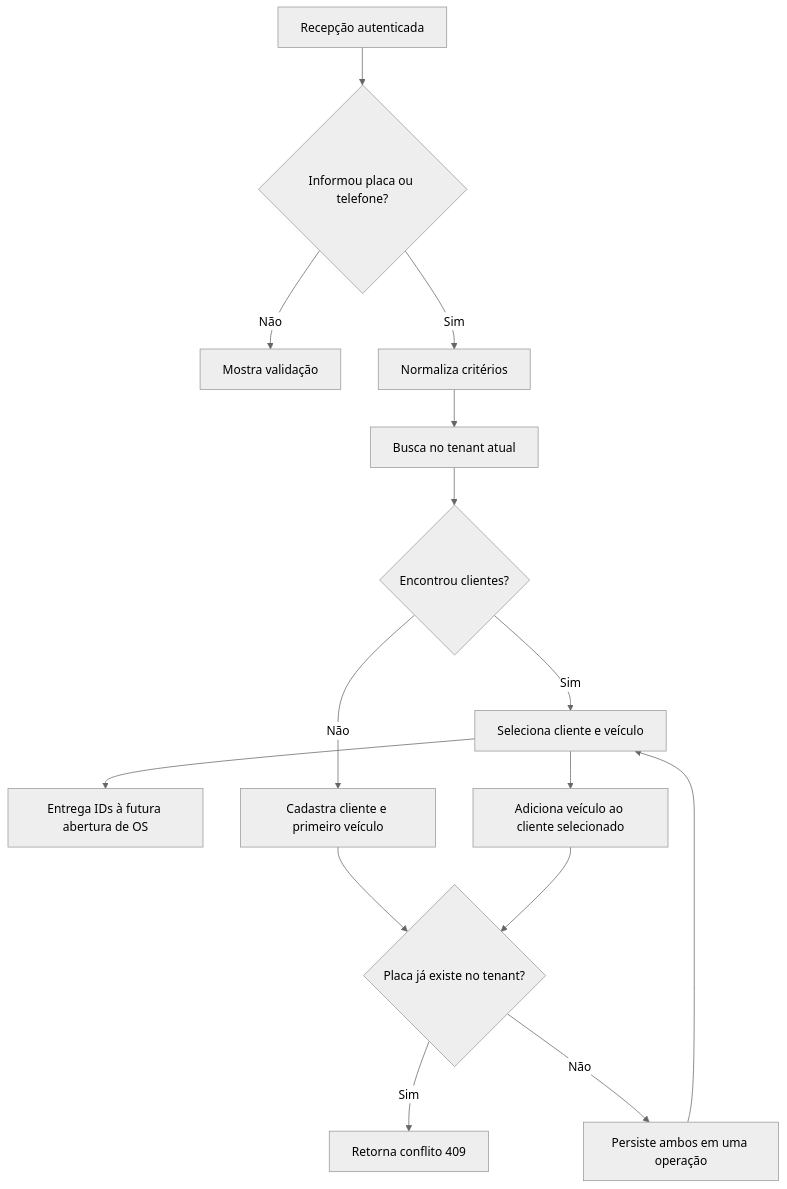
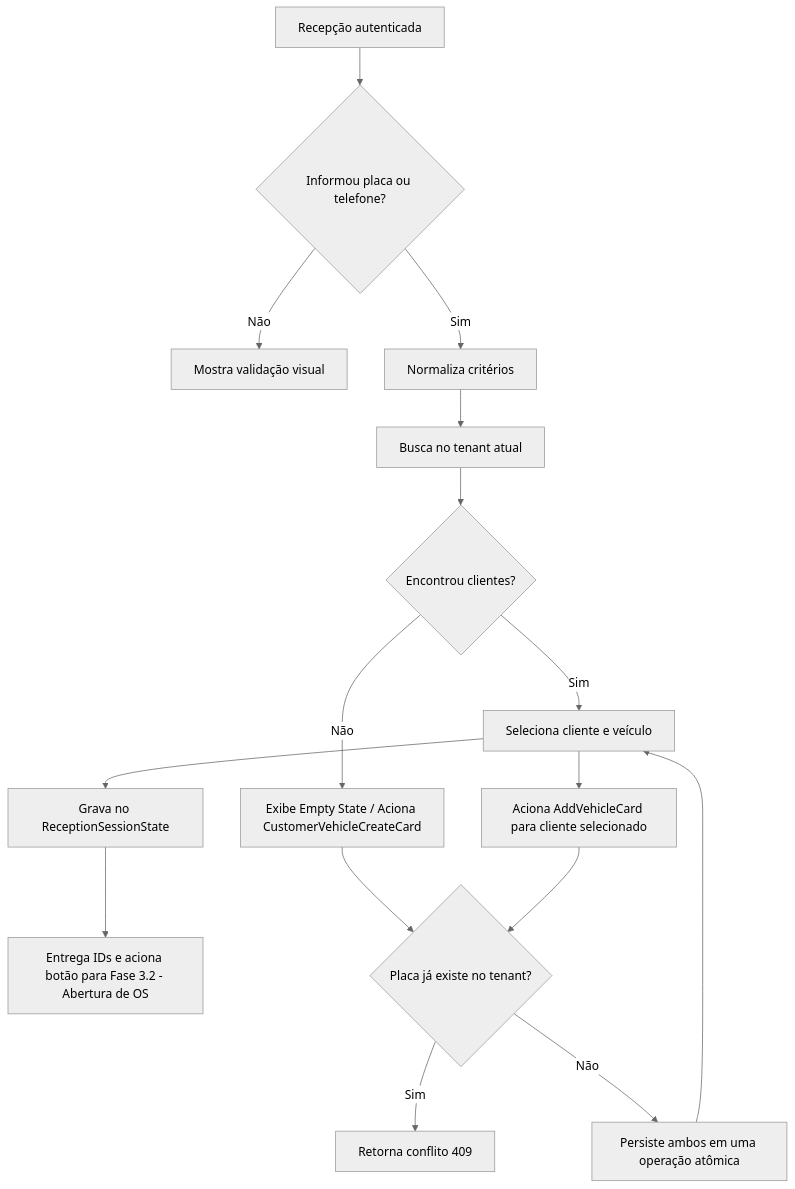
The diagram in docs/living-docs/cadastro-clientes-veiculos-3.1.md (ronaldocestrela/lavaway), drawn with Mermaid (neutral theme) before and after one commit. The commit also changed other lines of this file and 10 other files, not shown here.

````diff
--- a/docs/living-docs/cadastro-clientes-veiculos-3.1.md
+++ b/docs/living-docs/cadastro-clientes-veiculos-3.1.md
@@ -11,17 +11,18 @@
 ```mermaid
 flowchart TD
     R[Recepção autenticada] --> Q{Informou placa ou telefone?}
-    Q -->|Não| V[Mostra validação]
+    Q -->|Não| V[Mostra validação visual]
     Q -->|Sim| N[Normaliza critérios]
     N --> S[Busca no tenant atual]
     S --> M{Encontrou clientes?}
     M -->|Sim| P[Seleciona cliente e veículo]
-    P --> O[Entrega IDs à futura abertura de OS]
-    M -->|Não| C[Cadastra cliente e primeiro veículo]
+    P --> ST[Grava no ReceptionSessionState]
+    ST --> O[Entrega IDs e aciona botão para Fase 3.2 - Abertura de OS]
+    M -->|Não| C[Exibe Empty State / Aciona CustomerVehicleCreateCard]
     C --> D{Placa já existe no tenant?}
     D -->|Sim| X[Retorna conflito 409]
-    D -->|Não| T[Persiste ambos em uma operação]
+    D -->|Não| T[Persiste ambos em uma operação atômica]
     T --> P
-    P --> A[Adiciona veículo ao cliente selecionado]
+    P --> A[Aciona AddVehicleCard para cliente selecionado]
     A --> D
 ```
````
